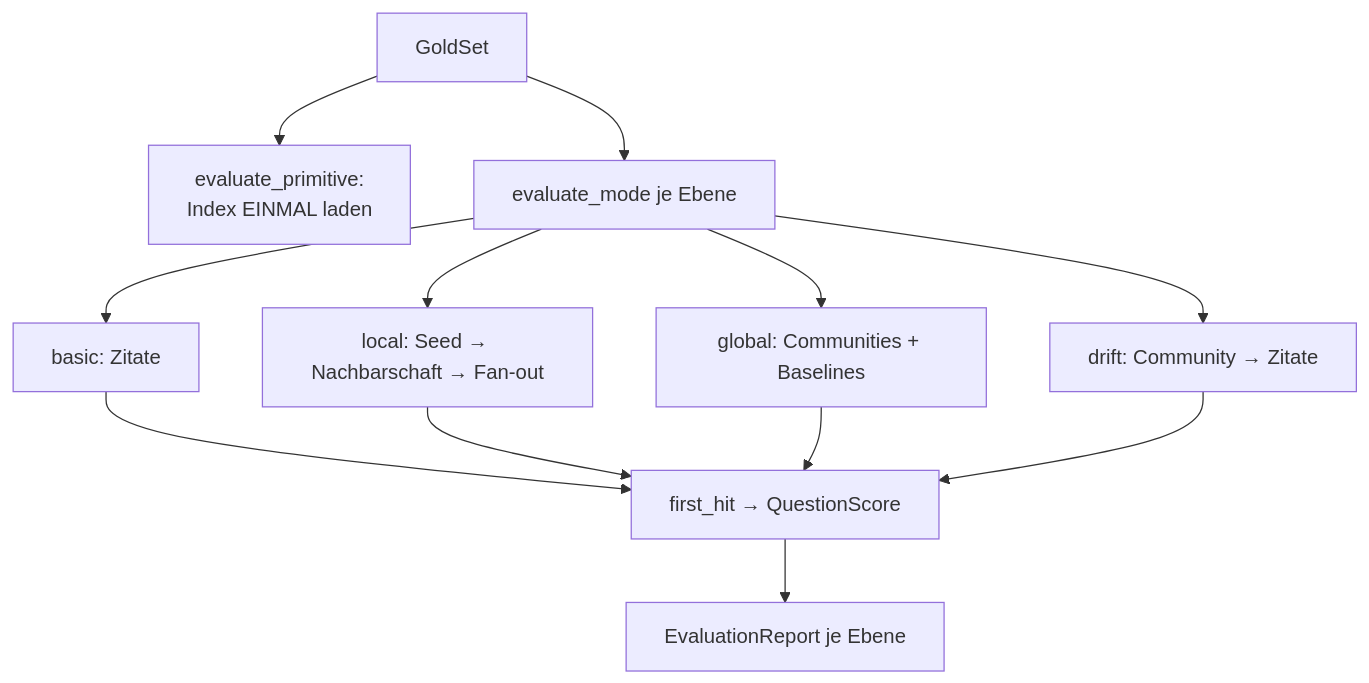
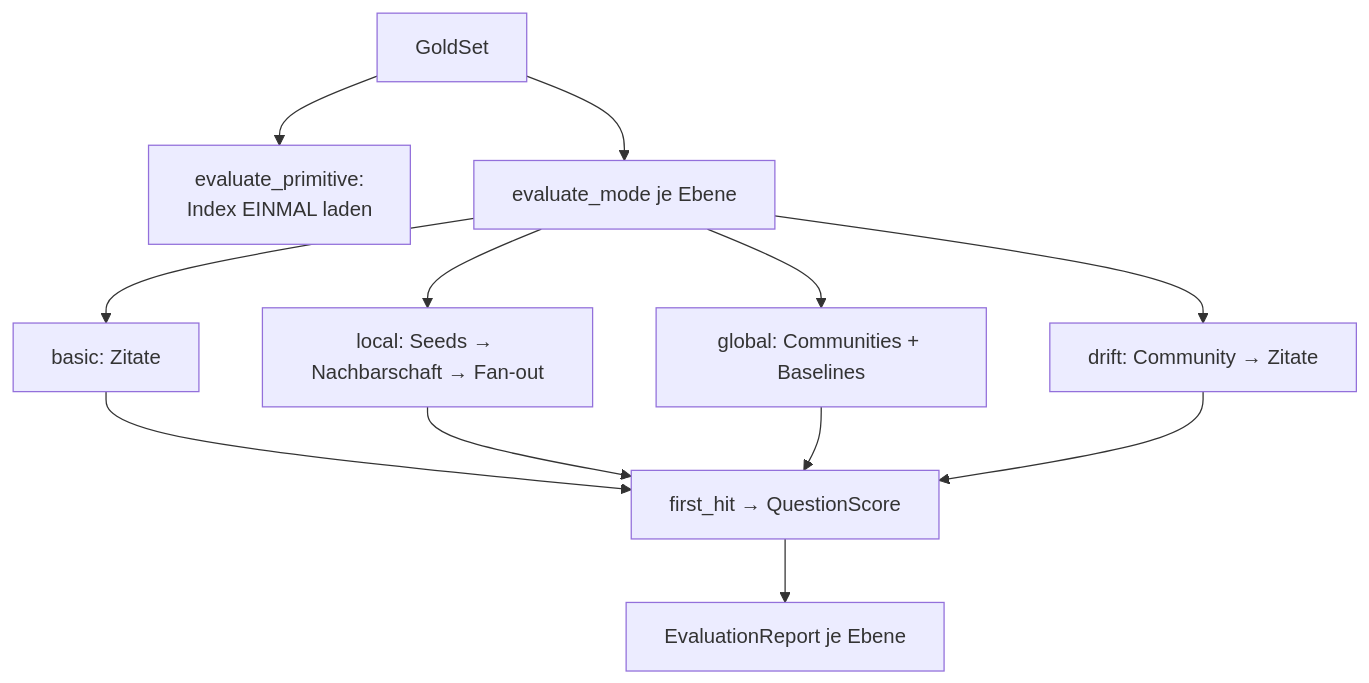
One commit to MomoEngineer/research-graphrag changed the first of 3 diagrams in src/research_graphrag/evaluation/doc/runner.md. Above: the diagram before and after it, drawn with Mermaid. The commit also changed other lines of this file and 29 other files, not shown here.

First line of the commit message:
Implement multi-seed support in local search retrieval

````diff
--- a/src/research_graphrag/evaluation/doc/runner.md
+++ b/src/research_graphrag/evaluation/doc/runner.md
@@ -35,14 +35,14 @@
 ```mermaid
 flowchart TD
     G["GoldSet"] --> P["evaluate_primitive:<br/>Index EINMAL laden"]
     G --> M["evaluate_mode je Ebene"]
     M --> B["basic: Zitate"]
-    M --> L["local: Seed → Nachbarschaft → Fan-out"]
+    M --> L["local: Seeds → Nachbarschaft → Fan-out"]
     M --> GL["global: Communities + Baselines"]
     M --> D["drift: Community → Zitate"]
     B --> S["first_hit → QuestionScore"]
     L --> S
     GL --> S
     D --> S
     S --> R["EvaluationReport je Ebene"]
 ```
````
